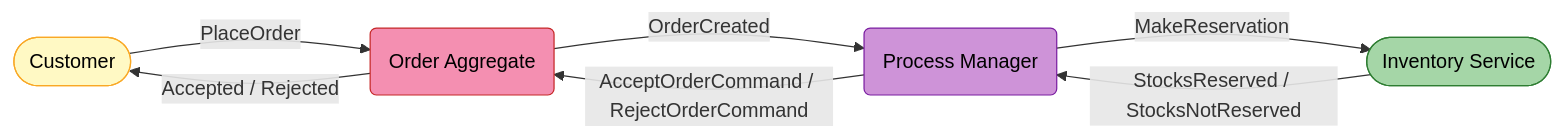
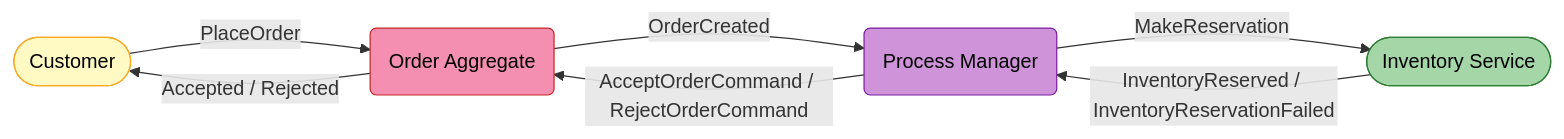
One commit to mnnam1302/EShop changed the first of 12 diagrams in Order/src/EShop.Order.API/README.md. Above: the diagram before and after it, drawn with Mermaid. The commit also changed other lines of this file and 10 other files, not shown here.

````diff
--- a/Order/src/EShop.Order.API/README.md
+++ b/Order/src/EShop.Order.API/README.md
@@ -13,19 +13,19 @@
 ```mermaid
 graph LR
     classDef actor   fill:#fff9c4,color:#000,stroke:#f9a825
     classDef agg     fill:#f48fb1,color:#000,stroke:#c62828
     classDef pm      fill:#ce93d8,color:#000,stroke:#7b1fa2
     classDef inv     fill:#a5d6a7,color:#000,stroke:#2e7d32
 
     C([Customer]):::actor
     OA(Order Aggregate):::agg
     PM(Process Manager):::pm
     INV([Inventory Service]):::inv
 
     C -->|"PlaceOrder"| OA
     OA -->|"OrderCreated"| PM
     PM -->|"MakeReservation"| INV
-    INV -->|"StocksReserved / StocksNotReserved"| PM
+    INV -->|"InventoryReserved / InventoryReservationFailed"| PM
     PM -->|"AcceptOrderCommand / RejectOrderCommand"| OA
     OA -->|"Accepted / Rejected"| C
 ```
````
